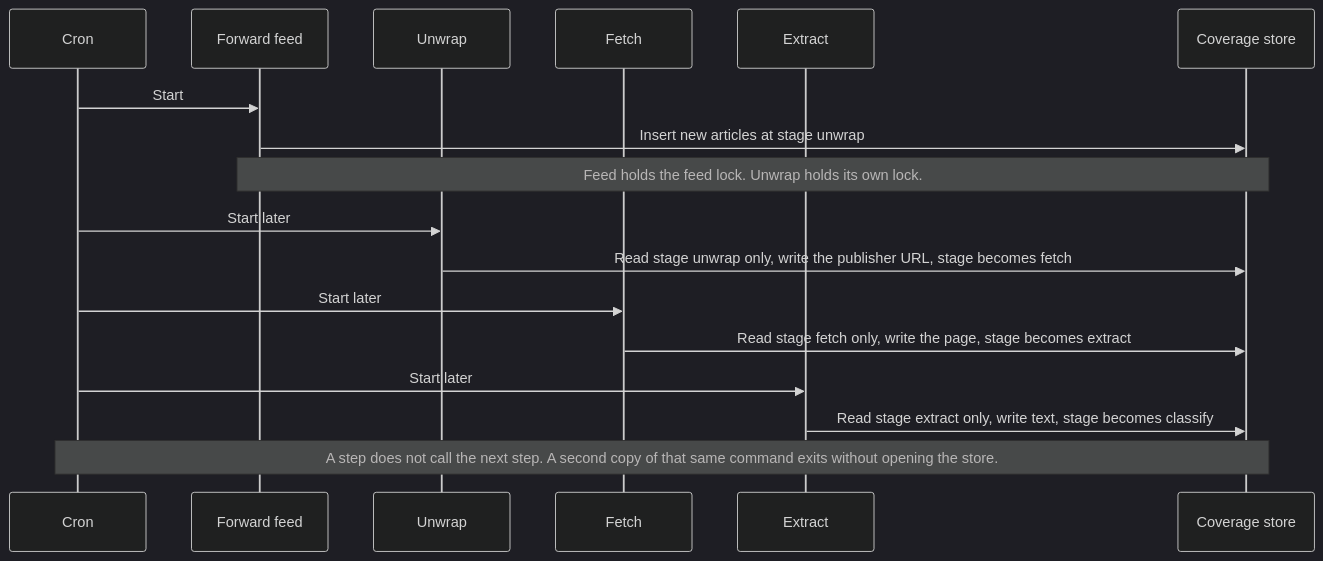
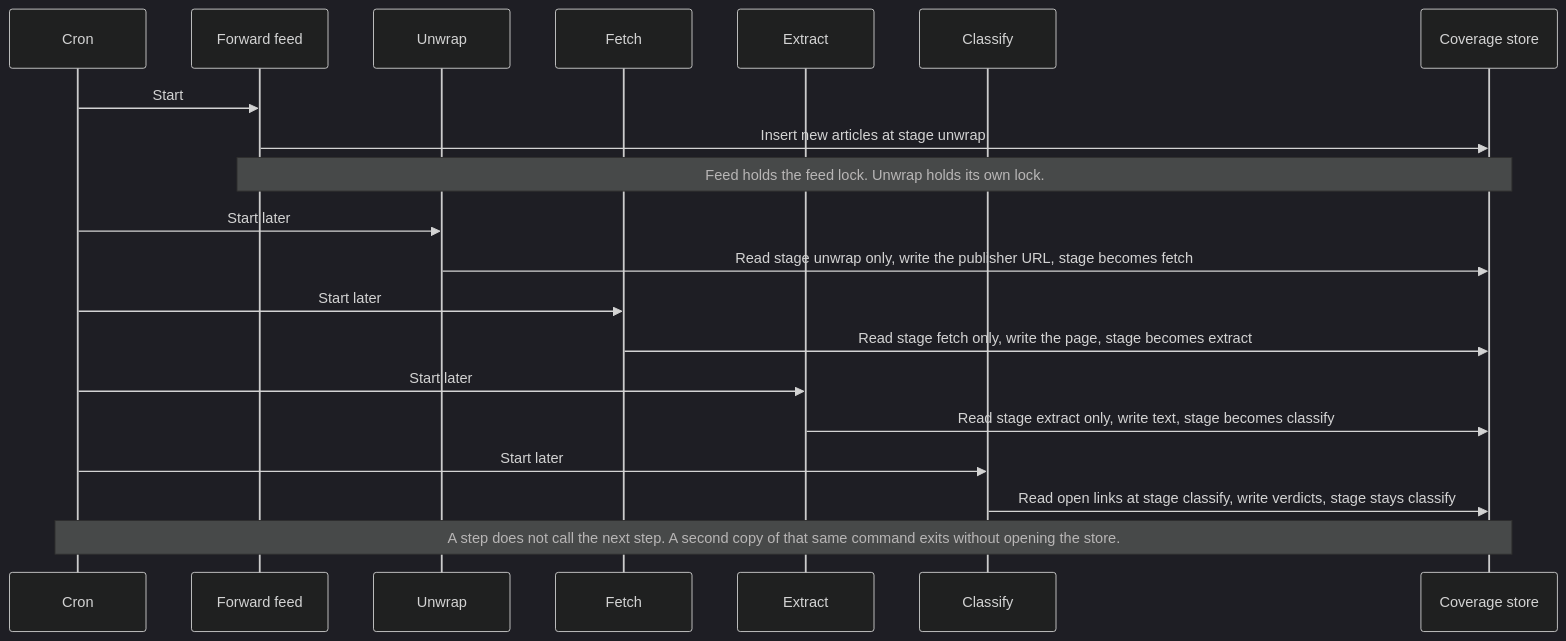
Before and after one commit to itayavtalyon/press-mentions: the third of 8 diagrams in docs/ARCHITECTURE.md, drawn with Mermaid (dark theme). The commit also changed other lines of this file and 66 other files, not shown here.

````diff
--- a/docs/ARCHITECTURE.md
+++ b/docs/ARCHITECTURE.md
@@ -98,20 +98,23 @@
 ```mermaid
 sequenceDiagram
   participant Cron
   participant Feed as Forward feed
   participant Unwrap
   participant Fetch
   participant Extract
+  participant Classify
   participant DB as Coverage store
 
   Cron->>Feed: Start
   Feed->>DB: Insert new articles at stage unwrap
   Note over Feed,DB: Feed holds the feed lock. Unwrap holds its own lock.
   Cron->>Unwrap: Start later
   Unwrap->>DB: Read stage unwrap only, write the publisher URL, stage becomes fetch
   Cron->>Fetch: Start later
   Fetch->>DB: Read stage fetch only, write the page, stage becomes extract
   Cron->>Extract: Start later
   Extract->>DB: Read stage extract only, write text, stage becomes classify
+  Cron->>Classify: Start later
+  Classify->>DB: Read open links at stage classify, write verdicts, stage stays classify
   Note over Cron,DB: A step does not call the next step. A second copy of that same command exits without opening the store.
 ```
````
